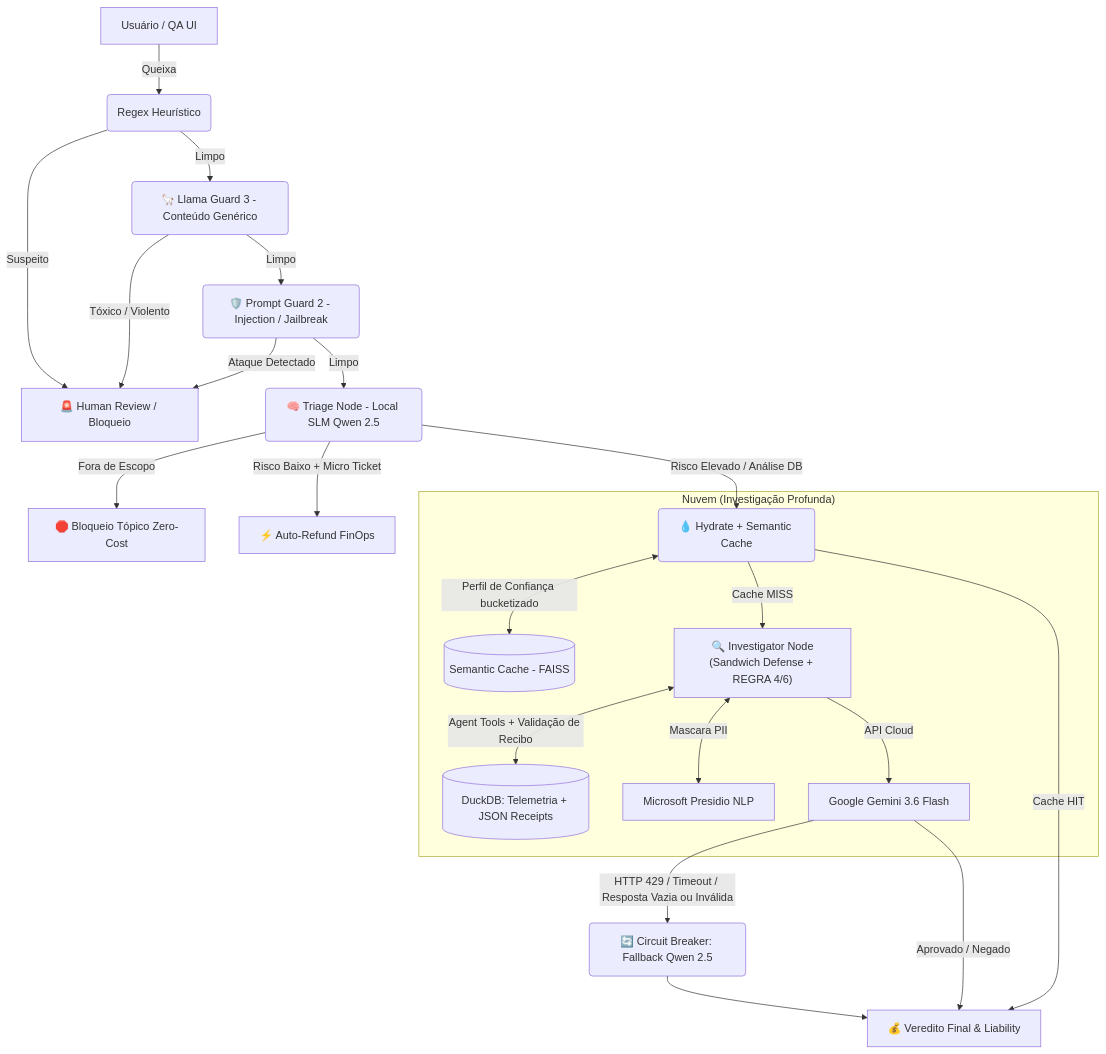
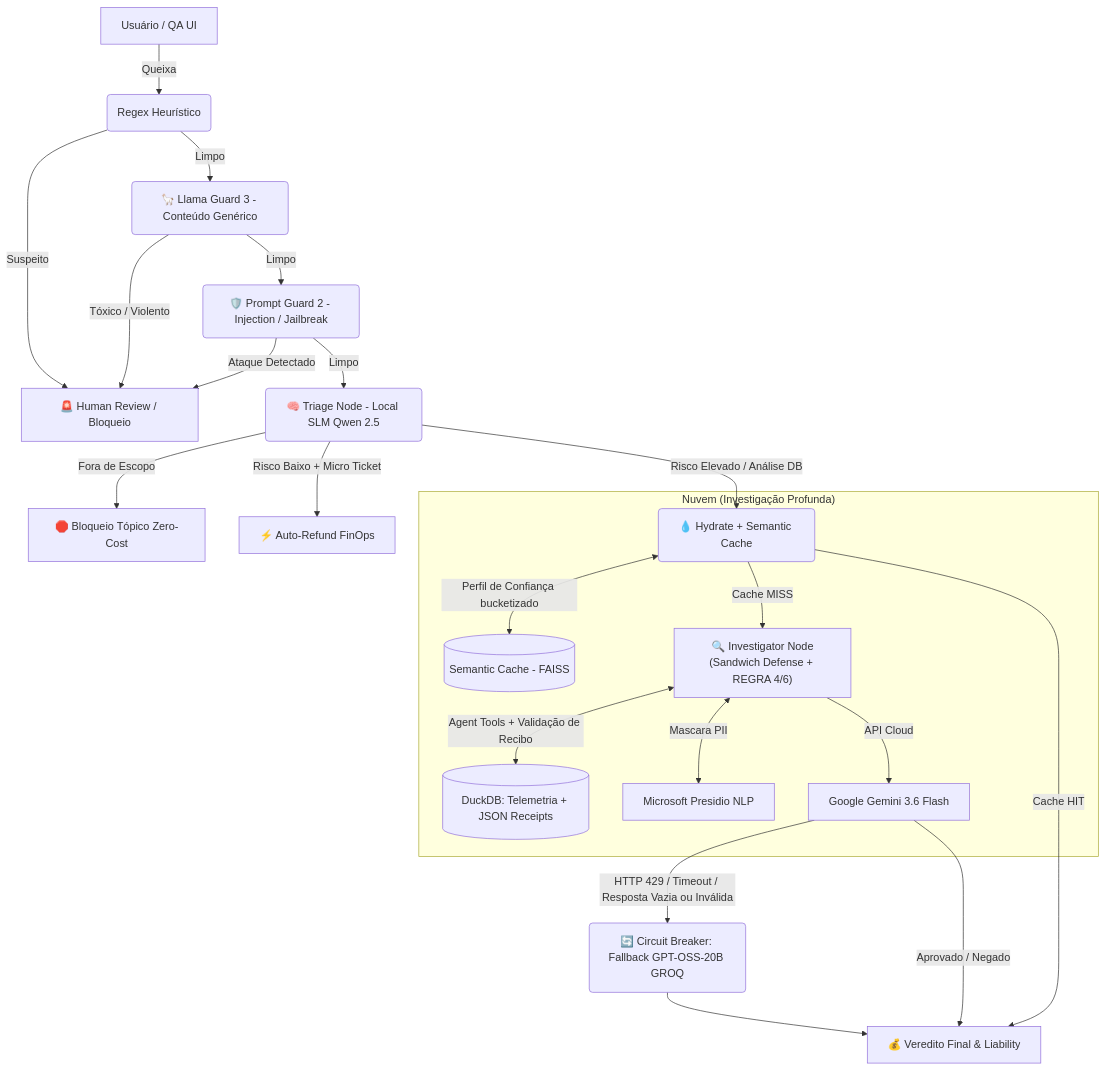
The diagram in README.md (willarakaki/sentinel-ops), drawn with Mermaid before and after one commit. The commit also changed other lines of this file and 32 other files, not shown here.

````diff
--- a/README.md
+++ b/README.md
@@ -27,27 +27,27 @@
 ```mermaid
 graph TD
     A[Usuário / QA UI] -->|Queixa| SH1(Regex Heurístico)
     SH1 -->|Suspeito| BLOQ[🚨 Human Review / Bloqueio]
     SH1 -->|Limpo| SH2(🦙 Llama Guard 3 - Conteúdo Genérico)
     SH2 -->|Tóxico / Violento| BLOQ
     SH2 -->|Limpo| SH3(🛡️ Prompt Guard 2 - Injection / Jailbreak)
     SH3 -->|Ataque Detectado| BLOQ
     SH3 -->|Limpo| D(🧠 Triage Node - Local SLM Qwen 2.5)
 
     D -->|Fora de Escopo| E[🛑 Bloqueio Tópico Zero-Cost]
     D -->|Risco Baixo + Micro Ticket| F[⚡ Auto-Refund FinOps]
     D -->|Risco Elevado / Análise DB| G2(💧 Hydrate + Semantic Cache)
 
     subgraph "Nuvem (Investigação Profunda)"
         G2 <-->|Perfil de Confiança bucketizado| H[(Semantic Cache - FAISS)]
         G2 -->|Cache MISS| G["🔍 Investigator Node<br/>(Sandwich Defense + REGRA 4/6)"]
         G <-->|Agent Tools + Validação de Recibo| I[(DuckDB: Telemetria + JSON Receipts)]
         G <-->|Mascara PII| J[Microsoft Presidio NLP]
         G -->|API Cloud| K[Google Gemini 3.6 Flash]
     end
 
-    K -->|HTTP 429 / Timeout / Resposta Vazia ou Inválida| L(🔄 Circuit Breaker: Fallback Qwen 2.5)
+    K -->|HTTP 429 / Timeout / Resposta Vazia ou Inválida| L(🔄 Circuit Breaker: Fallback GPT-OSS-20B GROQ)
     K -->|Aprovado / Negado| M[💰 Veredito Final & Liability]
     G2 -->|Cache HIT| M
     L --> M
 ```
````
